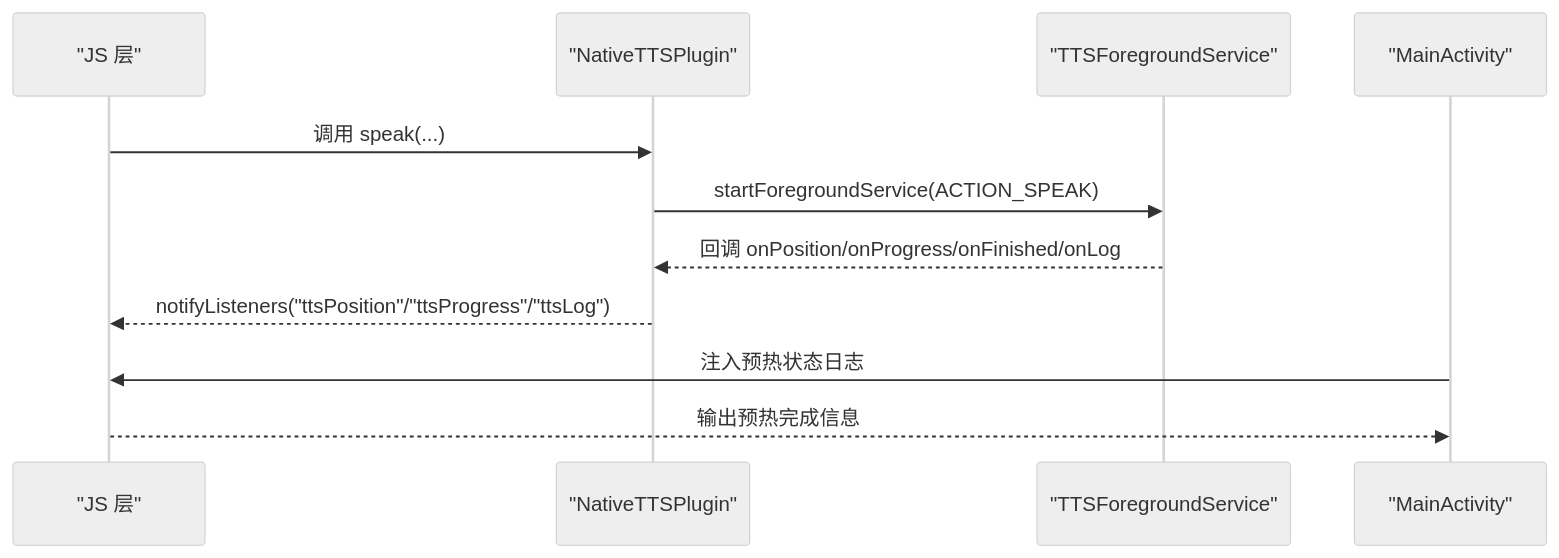
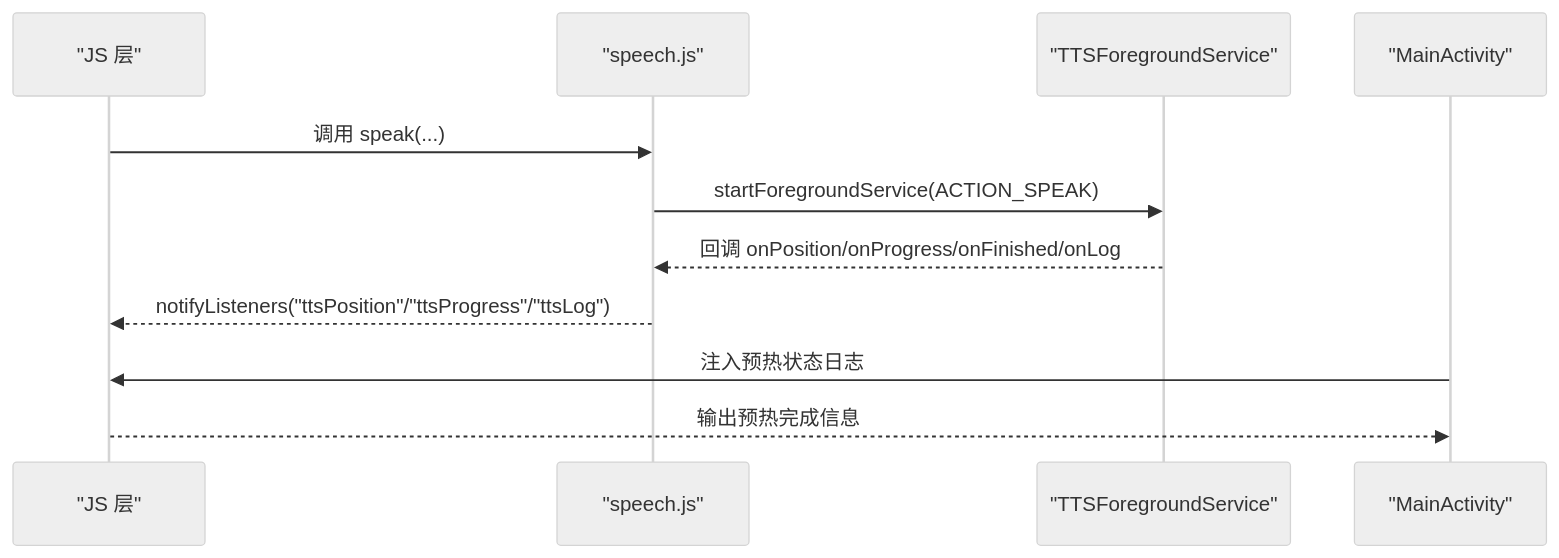
The fourth of 5 diagrams in .qoder/repowiki/zh/content/移动应用开发/服务管理.md (zhao-zg/cx), drawn with Mermaid (neutral theme) before and after one commit. The commit also changed other lines of this file and 30 other files, not shown here.

````diff
--- a/.qoder/repowiki/zh/content/移动应用开发/服务管理.md
+++ b/.qoder/repowiki/zh/content/移动应用开发/服务管理.md
@@ -312,13 +243,13 @@
 ```mermaid
 sequenceDiagram
 participant JS as "JS 层"
-participant PL as "NativeTTSPlugin"
-participant SV as "TTSForegroundService"
+participant SP as "speech.js"
+participant SVC as "TTSForegroundService"
 participant ACT as "MainActivity"
-JS->>PL : 调用 speak(...)
-PL->>SV : startForegroundService(ACTION_SPEAK)
-SV-->>PL : 回调 onPosition/onProgress/onFinished/onLog
-PL-->>JS : notifyListeners("ttsPosition"/"ttsProgress"/"ttsLog")
+JS->>SP : 调用 speak(...)
+SP->>SVC : startForegroundService(ACTION_SPEAK)
+SVC-->>SP : 回调 onPosition/onProgress/onFinished/onLog
+SP-->>JS : notifyListeners("ttsPosition"/"ttsProgress"/"ttsLog")
 ACT->>JS : 注入预热状态日志
 JS-->>ACT : 输出预热完成信息
 ```
````
